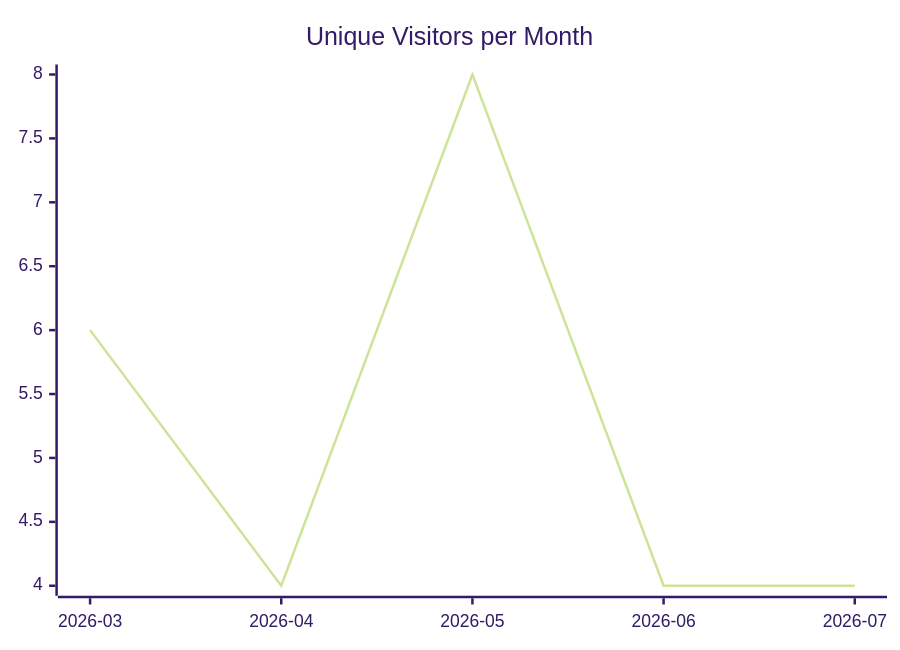
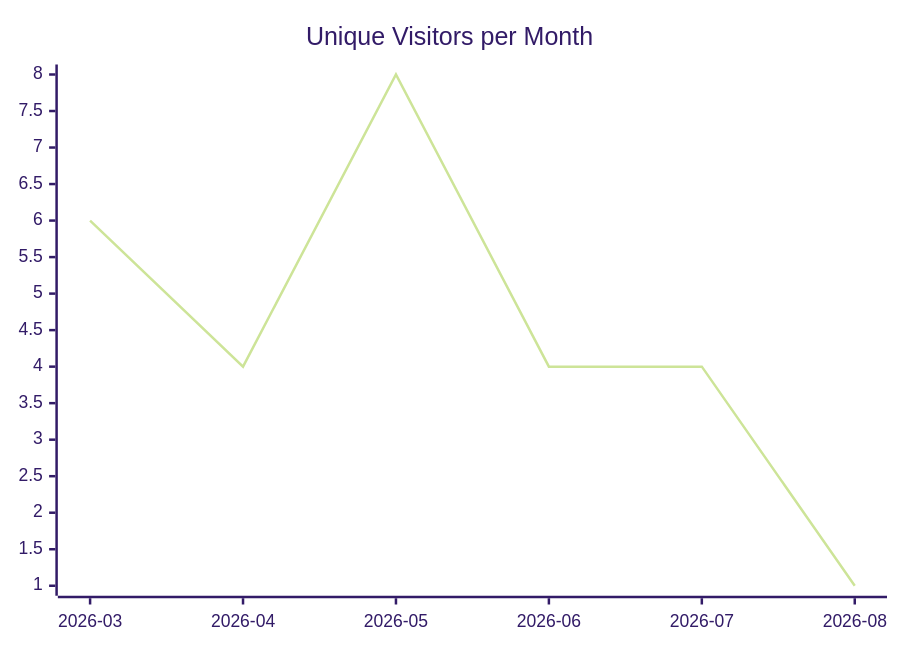
The first of 3 diagrams in karlmdavis/xmlpull/README.md (justdavis-family/github-analytics-data), drawn with Mermaid (forest theme) before and after one commit. The commit also changed other lines of this file and 180 other files, not shown here.

````diff
--- a/karlmdavis/xmlpull/README.md
+++ b/karlmdavis/xmlpull/README.md
@@ -5,6 +5,6 @@
 ```mermaid
 xychart-beta
   title "Unique Visitors per Month"
-  x-axis ["2026-03", "2026-04", "2026-05", "2026-06", "2026-07"]
-  line [6, 4, 8, 4, 4]
+  x-axis ["2026-03", "2026-04", "2026-05", "2026-06", "2026-07", "2026-08"]
+  line [6, 4, 8, 4, 4, 1]
 ```
````
